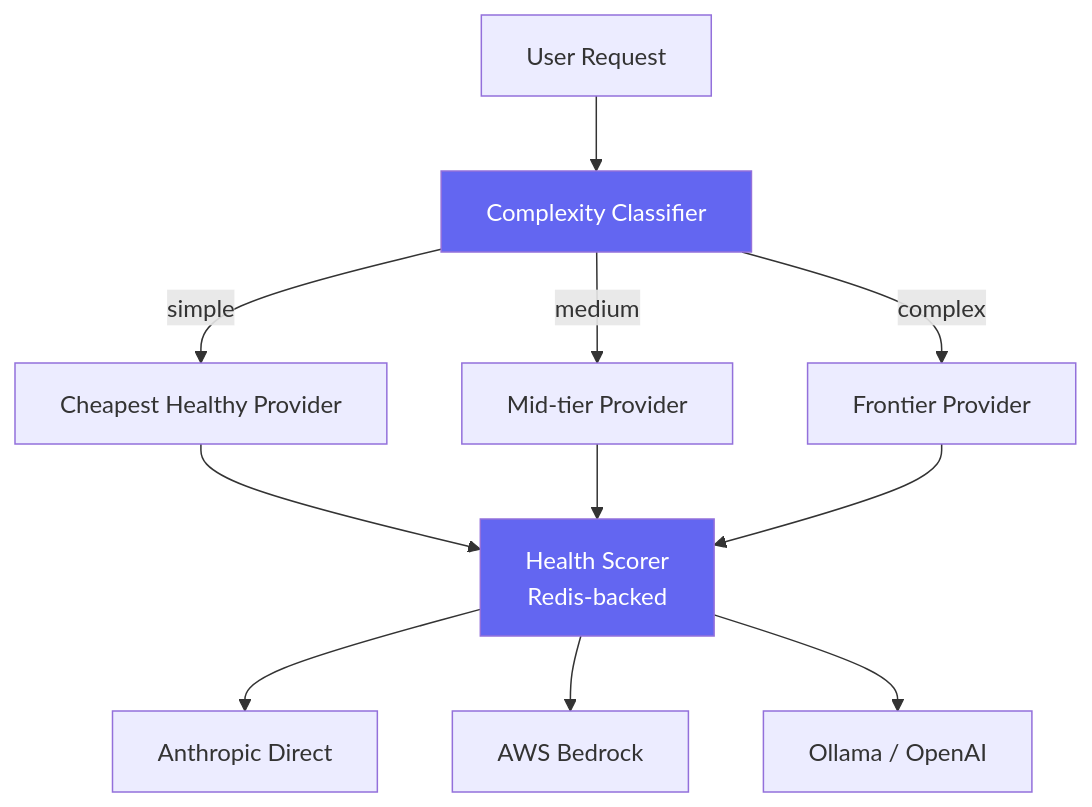
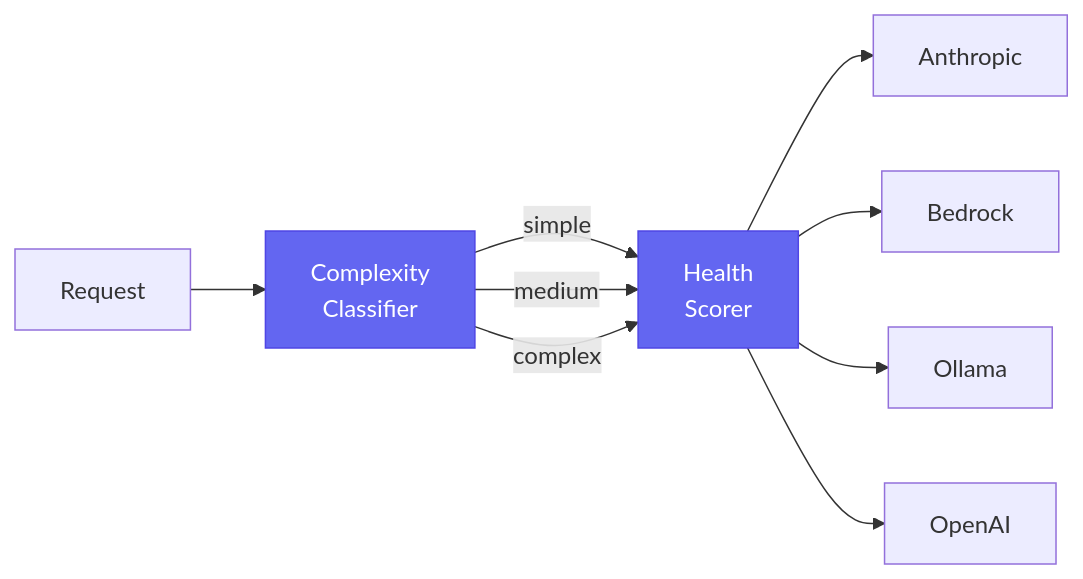
Before and after one commit to HackerM0nk/secure-codegen-factory: the fifth of 5 diagrams in README.md, drawn with Mermaid. The commit also changed other lines of this file and 9 other files, not shown here.

````diff
--- a/README.md
+++ b/README.md
@@ -433,18 +355,15 @@
 ```mermaid
-flowchart TB
-    REQ[User Request] --> CC[Complexity Classifier]
-    CC -->|simple| CHEAP[Cheapest Healthy Provider]
-    CC -->|medium| MID[Mid-tier Provider]
-    CC -->|complex| TOP[Frontier Provider]
+flowchart LR
+    REQ["Request"] --> CC["Complexity<br/>Classifier"]
+    CC -->|simple| H["Health<br/>Scorer"]
+    CC -->|medium| H
+    CC -->|complex| H
 
-    CHEAP --> HS[Health Scorer<br/>Redis-backed]
-    MID --> HS
-    TOP --> HS
+    H --> A["Anthropic"]
+    H --> B["Bedrock"]
+    H --> O["Ollama"]
+    H --> G["OpenAI"]
 
-    HS --> P1[Anthropic Direct]
-    HS --> P2[AWS Bedrock]
-    HS --> P3[Ollama / OpenAI]
-
-    style CC fill:#6366f1,color:#fff
-    style HS fill:#6366f1,color:#fff
+    classDef router fill:#6366f1,stroke:#4f46e5,color:#fff
+    class CC,H router
 ```
````
